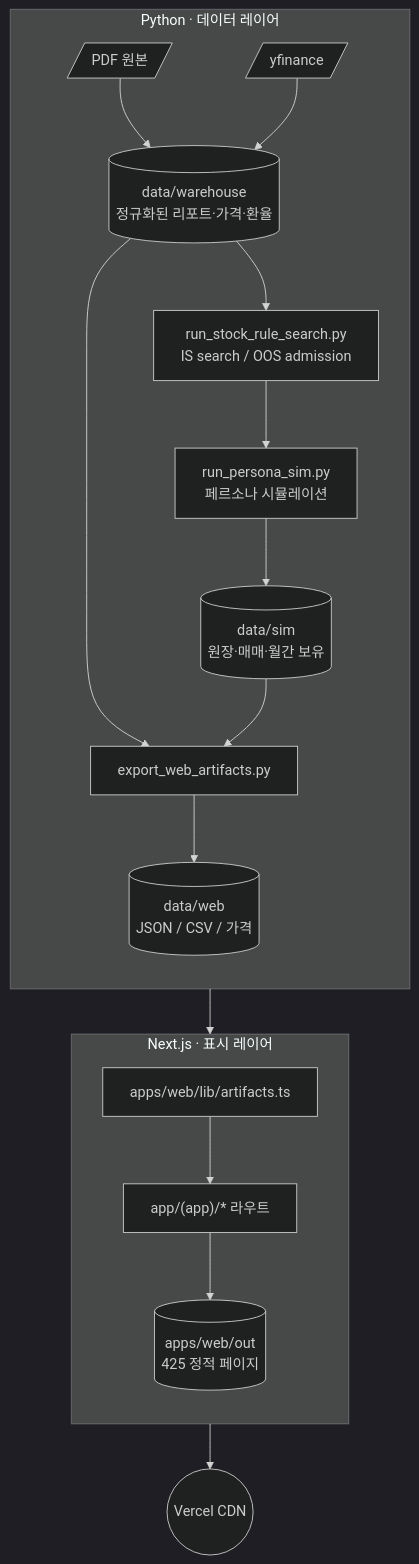
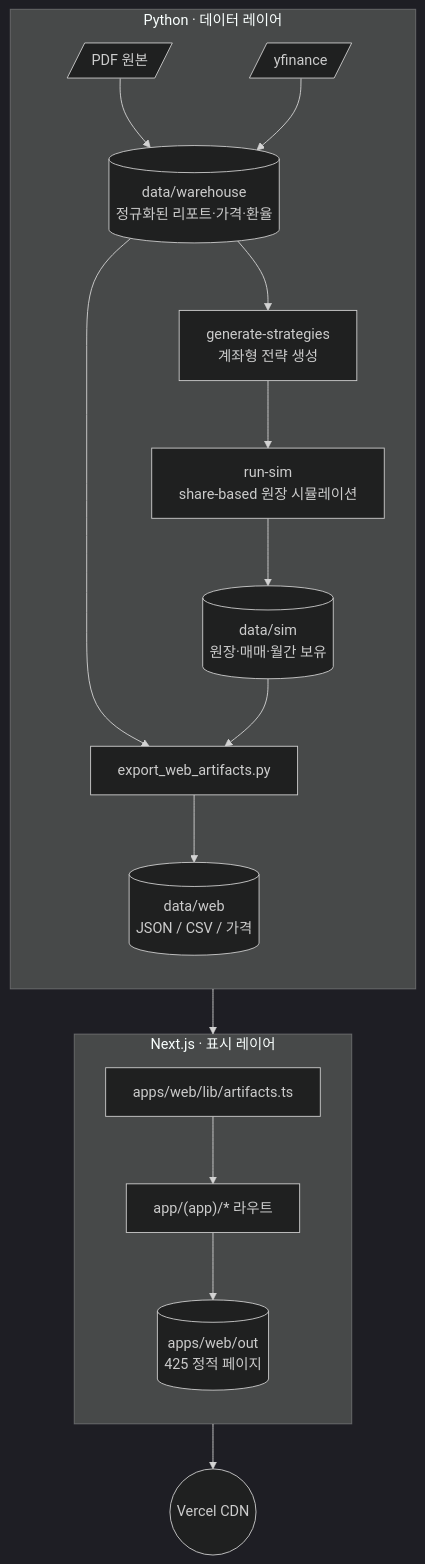
One commit to choiinyeol/snusmic-portfolio-lab changed the third of 3 diagrams in README.md. Above: the diagram before and after it, drawn with Mermaid (dark theme). The commit also changed other lines of this file and 300 other files, not shown here.

````diff
--- a/README.md
+++ b/README.md
@@ -64,21 +75,21 @@
 ```mermaid
 flowchart TB
   subgraph py["Python · 데이터 레이어"]
     direction TB
     PDF[/PDF 원본/] --> Warehouse[(data/warehouse<br/>정규화된 리포트·가격·환율)]
     YF[/yfinance/] --> Warehouse
-    Warehouse --> Rules[run_stock_rule_search.py<br/>IS search / OOS admission]
-    Rules --> Sim[run_persona_sim.py<br/>페르소나 시뮬레이션]
+    Warehouse --> Strategy[generate-strategies<br/>계좌형 전략 생성]
+    Strategy --> Sim[run-sim<br/>share-based 원장 시뮬레이션]
     Sim --> SimOut[(data/sim<br/>원장·매매·월간 보유)]
     Warehouse --> Export[export_web_artifacts.py]
     SimOut --> Export
     Export --> WebData[(data/web<br/>JSON / CSV / 가격)]
   end
   subgraph next["Next.js · 표시 레이어"]
     direction TB
     WebData --> Reader[apps/web/lib/artifacts.ts]
     Reader --> Pages["app/(app)/* 라우트"]
     Pages --> StaticOut[(apps/web/out<br/>425 정적 페이지)]
   end
   StaticOut --> Vercel((Vercel CDN))
 ```
````
